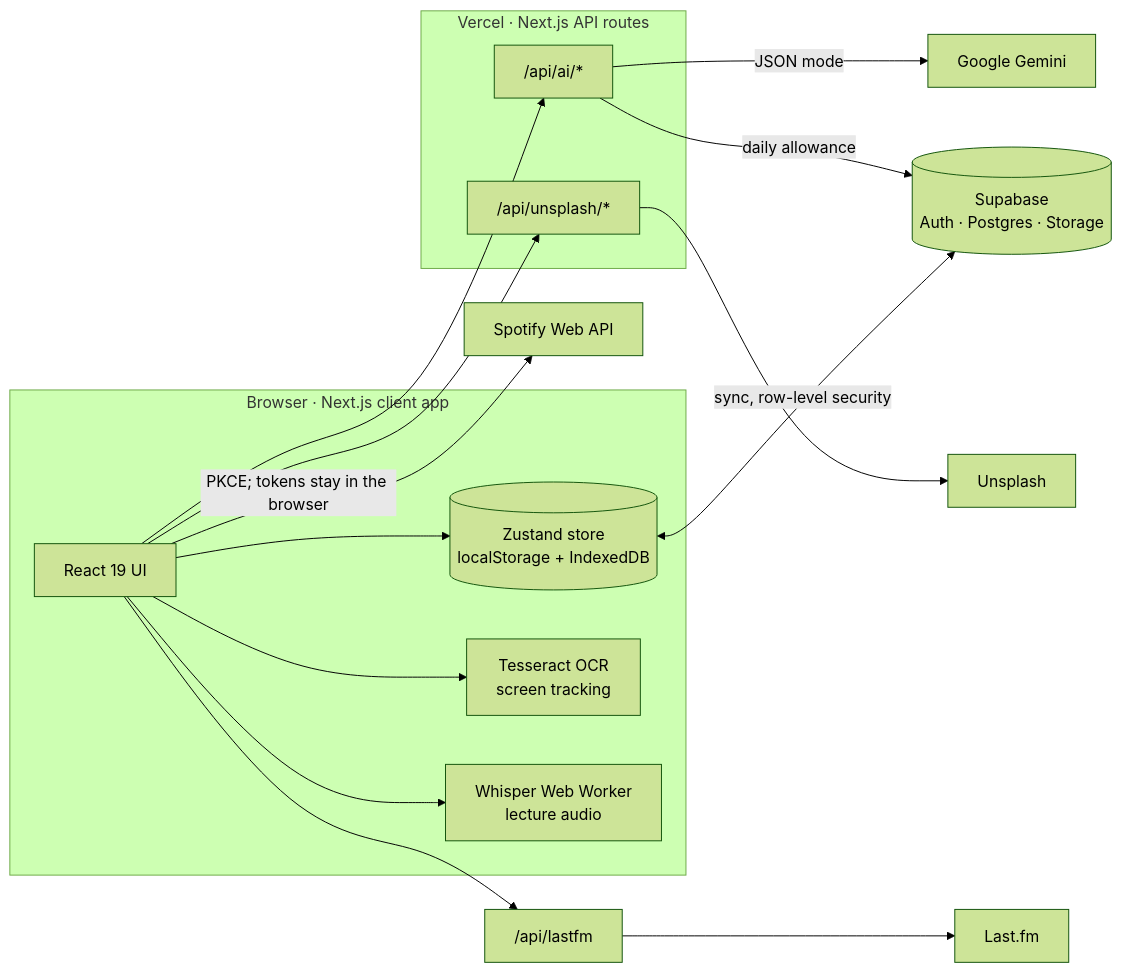
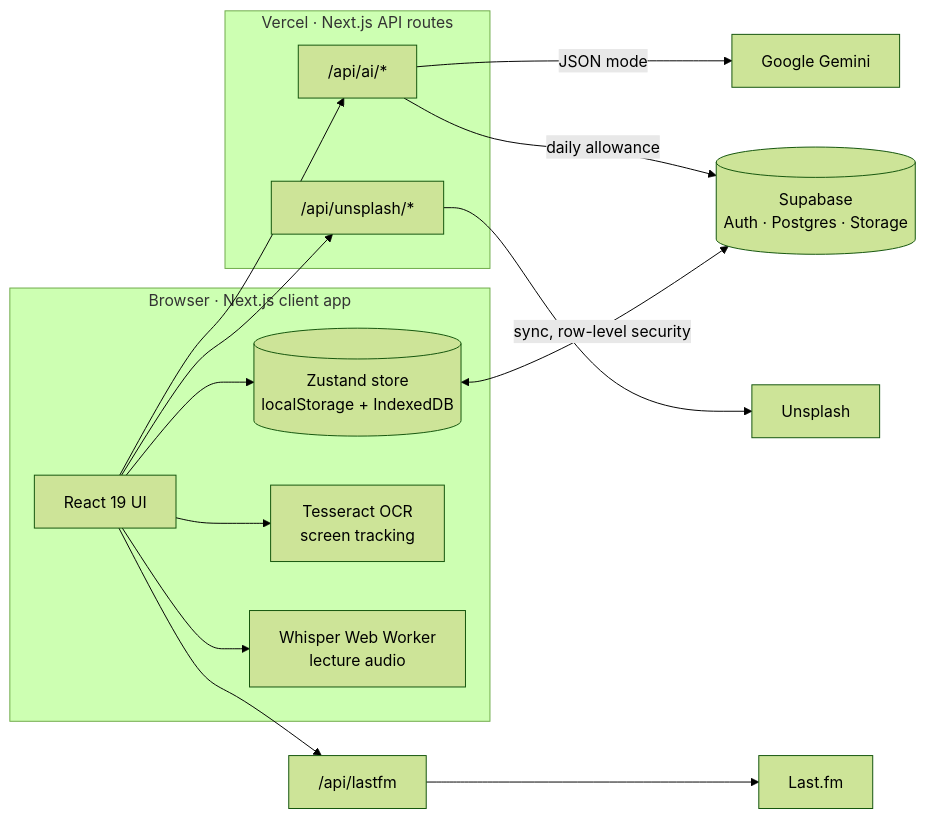
Before and after one commit to abdulksidani-png/Pomogator: the diagram in README.md, drawn with Mermaid (forest theme). The commit also changed other lines of this file and 34 other files, not shown here.

````diff
--- a/README.md
+++ b/README.md
@@ -117,18 +117,17 @@
 ```mermaid
 flowchart LR
   subgraph Browser["Browser · Next.js client app"]
     UI["React 19 UI"] --> Store[("Zustand store<br/>localStorage + IndexedDB")]
     UI --> OCR["Tesseract OCR<br/>screen tracking"]
     UI --> ASR["Whisper Web Worker<br/>lecture audio"]
   end
   subgraph Vercel["Vercel · Next.js API routes"]
     AI["/api/ai/*"]
     PH["/api/unsplash/*"]
   end
   Store <-->|"sync, row-level security"| SB[("Supabase<br/>Auth · Postgres · Storage")]
   UI --> AI -->|"JSON mode"| GEM["Google Gemini"]
   AI -->|"daily allowance"| SB
   UI --> PH --> UNS["Unsplash"]
-  UI -->|"PKCE; tokens stay in the browser"| SPOT["Spotify Web API"]
   UI --> LF["/api/lastfm"] --> LFM["Last.fm"]
 ```
````
